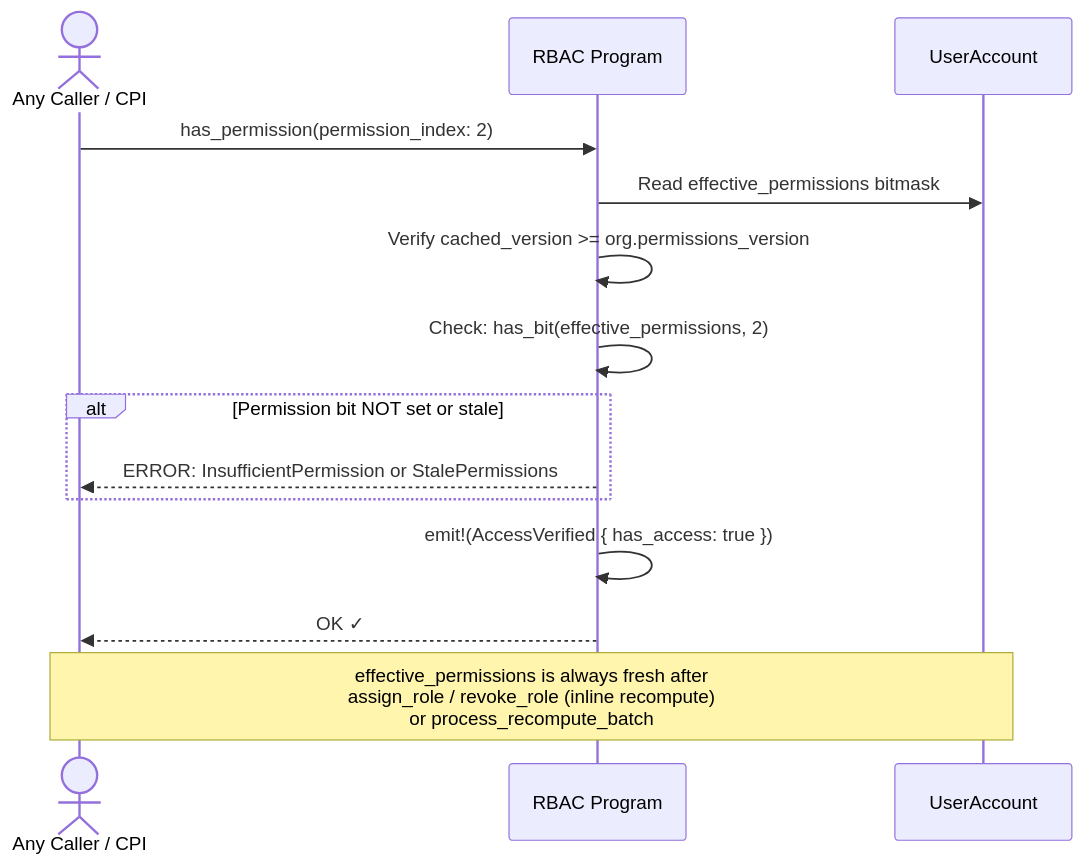
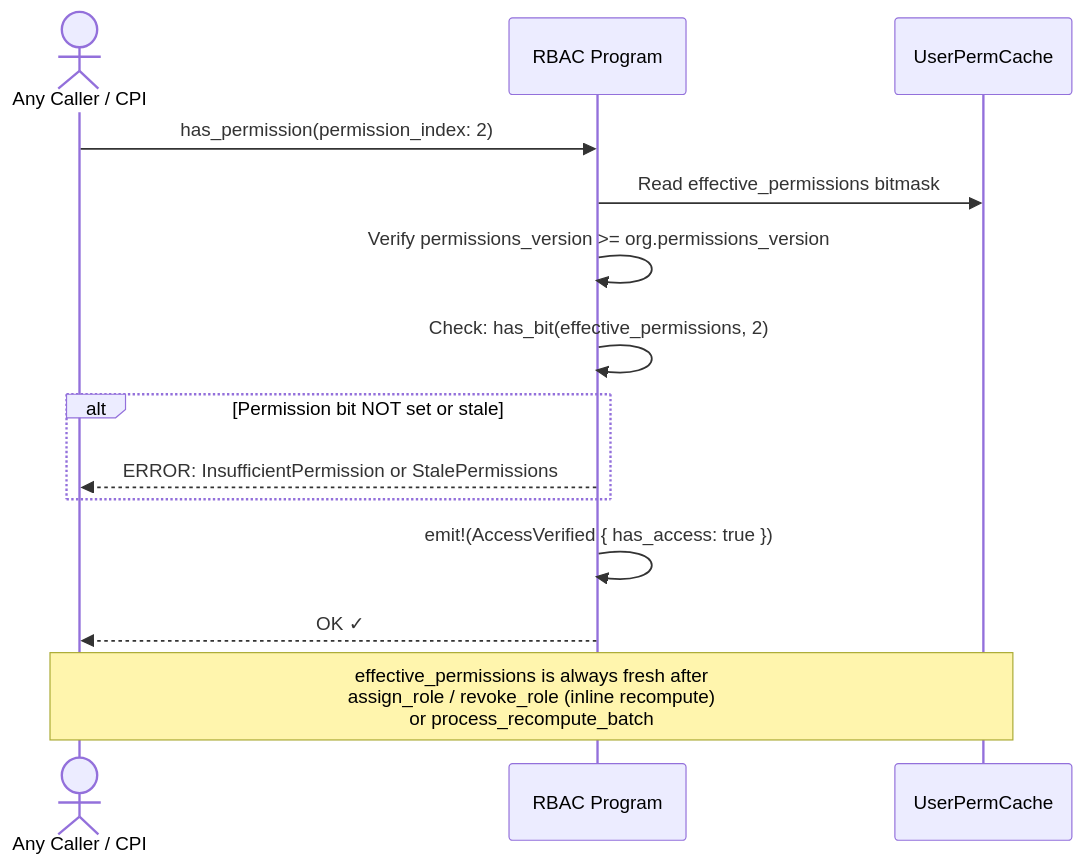
One commit to Vadimus1983/Solana-rbac changed diagram 13 of 25 in docs/architecture.md. Above: the diagram before and after it, drawn with Mermaid. The commit also changed other lines of this file and 9 other files, not shown here.

````diff
--- a/docs/architecture.md
+++ b/docs/architecture.md
@@ -584,21 +590,21 @@
 ```mermaid
 sequenceDiagram
     actor Caller as Any Caller / CPI
     participant P as RBAC Program
-    participant UA as UserAccount
+    participant UPC as UserPermCache
 
     Caller->>P: has_permission(permission_index: 2)
 
-    P->>UA: Read effective_permissions bitmask
-    P->>P: Verify cached_version >= org.permissions_version
+    P->>UPC: Read effective_permissions bitmask
+    P->>P: Verify permissions_version >= org.permissions_version
     P->>P: Check: has_bit(effective_permissions, 2)
 
     alt Permission bit NOT set or stale
         P-->>Caller: ERROR: InsufficientPermission or StalePermissions
     end
 
     P->>P: emit!(AccessVerified { has_access: true })
     P-->>Caller: OK ✓
 
-    Note over Caller,UA: effective_permissions is always fresh after<br/>assign_role / revoke_role (inline recompute)<br/>or process_recompute_batch
+    Note over Caller,UPC: effective_permissions is always fresh after<br/>assign_role / revoke_role (inline recompute)<br/>or process_recompute_batch
 ```
````
